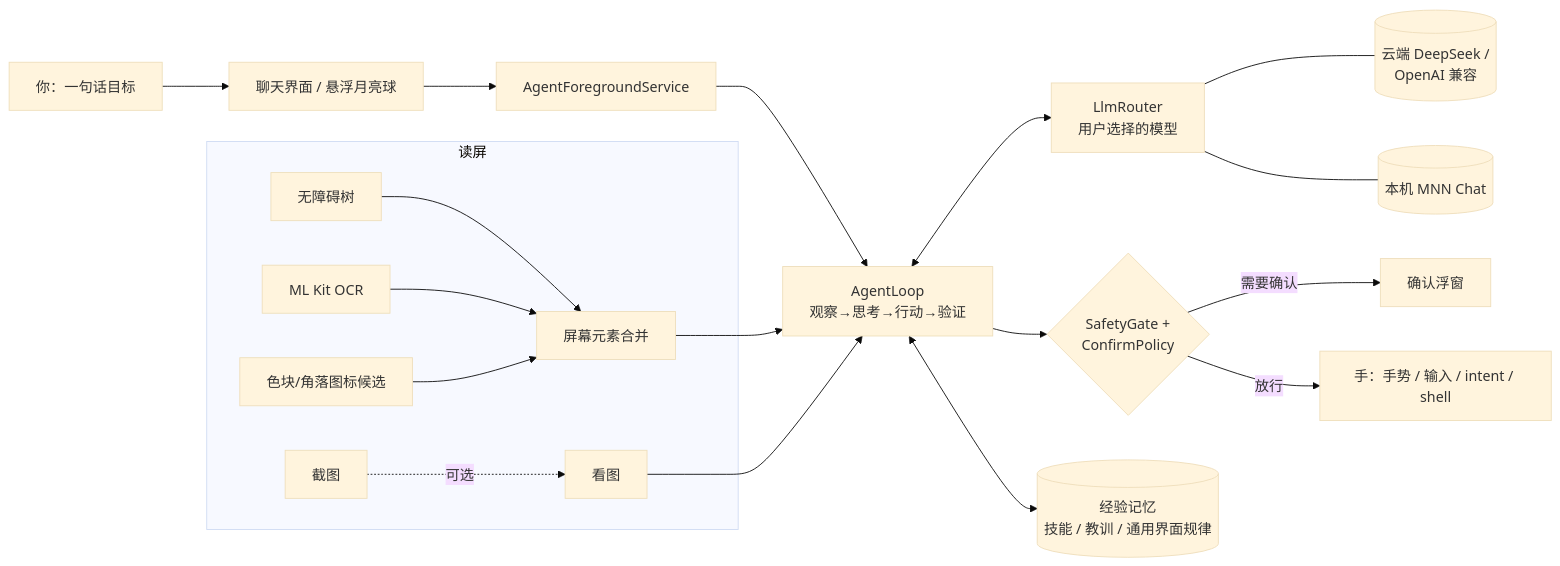
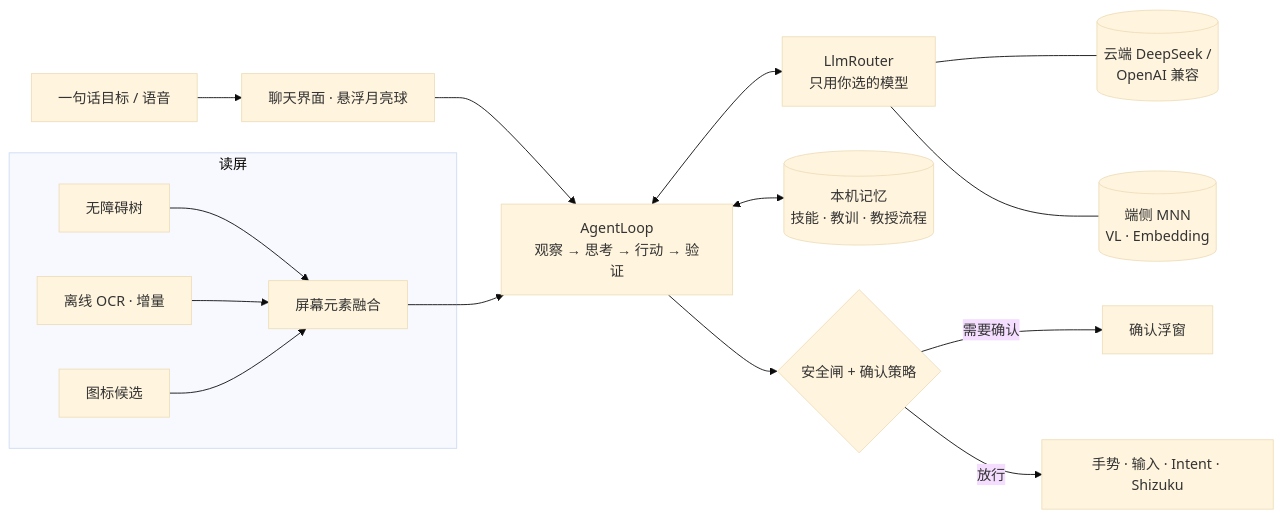
Before and after one commit to Runa-Asahi/tsuki-phone-agent: the diagram in README.md, drawn with Mermaid (base theme). The commit also changed other lines of this file and 1 other file, not shown here.

````diff
--- a/README.md
+++ b/README.md
@@ -34,21 +35,18 @@
 ```mermaid
 flowchart LR
-    U[你：一句话目标] --> UI[聊天界面 / 悬浮月亮球]
-    UI --> S[AgentForegroundService]
-    S --> L[AgentLoop<br/>观察→思考→行动→验证]
+    U[一句话目标 / 语音] --> UI[聊天界面 · 悬浮月亮球]
+    UI --> L[AgentLoop<br/>观察 → 思考 → 行动 → 验证]
     subgraph Eyes[读屏]
-      T[无障碍树] --> M[屏幕元素合并]
-      O[ML Kit OCR] --> M
-      Z[色块/角落图标候选] --> M
-      P[截图] -.可选.-> V[看图]
+      T[无障碍树] --> M[屏幕元素融合]
+      O[离线 OCR · 增量] --> M
+      Z[图标候选] --> M
     end
     M --> L
-    V --> L
-    L <--> R[LlmRouter<br/>用户选择的模型]
+    L <--> R[LlmRouter<br/>只用你选的模型]
     R --- C[(云端 DeepSeek /<br/>OpenAI 兼容)]
-    R --- N[(本机 MNN Chat)]
-    L --> G{SafetyGate +<br/>ConfirmPolicy}
+    R --- N[(端侧 MNN<br/>VL · Embedding)]
+    L <--> MEM[(本机记忆<br/>技能 · 教训 · 教授流程)]
+    L --> G{安全闸 + 确认策略}
     G -->|需要确认| CF[确认浮窗]
-    G -->|放行| H[手：手势 / 输入 / intent / shell]
-    L <--> MEM[(经验记忆<br/>技能 / 教训 / 通用界面规律)]
+    G -->|放行| H[手势 · 输入 · Intent · Shizuku]
 ```
````
